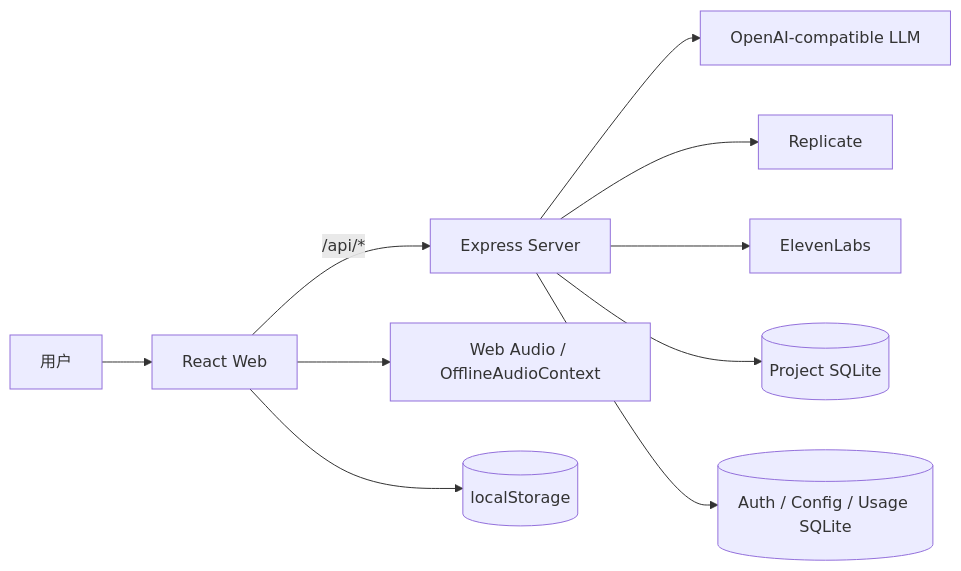
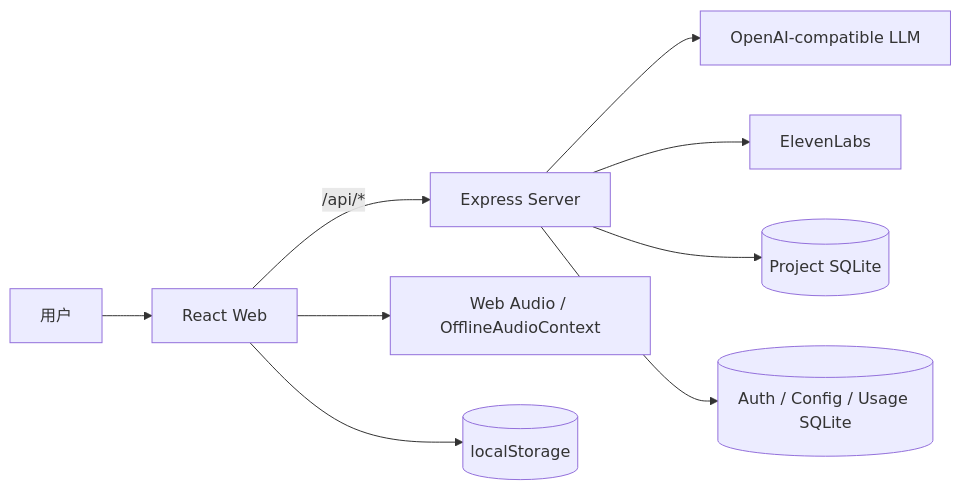
One commit to YangZheyuan12/sonic-matter changed the first of 3 diagrams in docs/agent/00-current-architecture.md. Above: the diagram before and after it, drawn with Mermaid. The commit also changed other lines of this file and 25 other files, not shown here.

````diff
--- a/docs/agent/00-current-architecture.md
+++ b/docs/agent/00-current-architecture.md
@@ -24,12 +24,11 @@
 ```mermaid
 flowchart LR
     U[用户] --> W[React Web]
     W -->|/api/*| S[Express Server]
     S --> L[OpenAI-compatible LLM]
-    S --> R[Replicate]
     S --> E[ElevenLabs]
     S --> P[(Project SQLite)]
     S --> A[(Auth / Config / Usage SQLite)]
     W --> B[Web Audio / OfflineAudioContext]
     W --> LS[(localStorage)]
 ```
````
